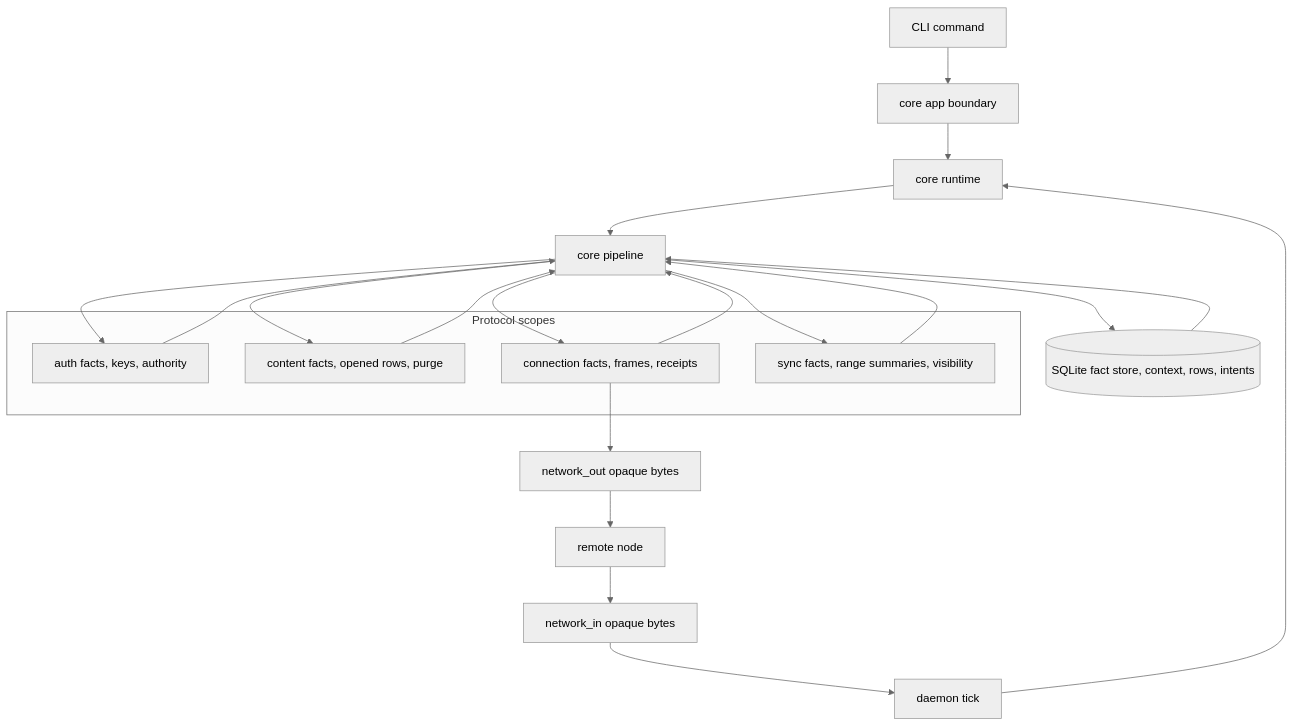
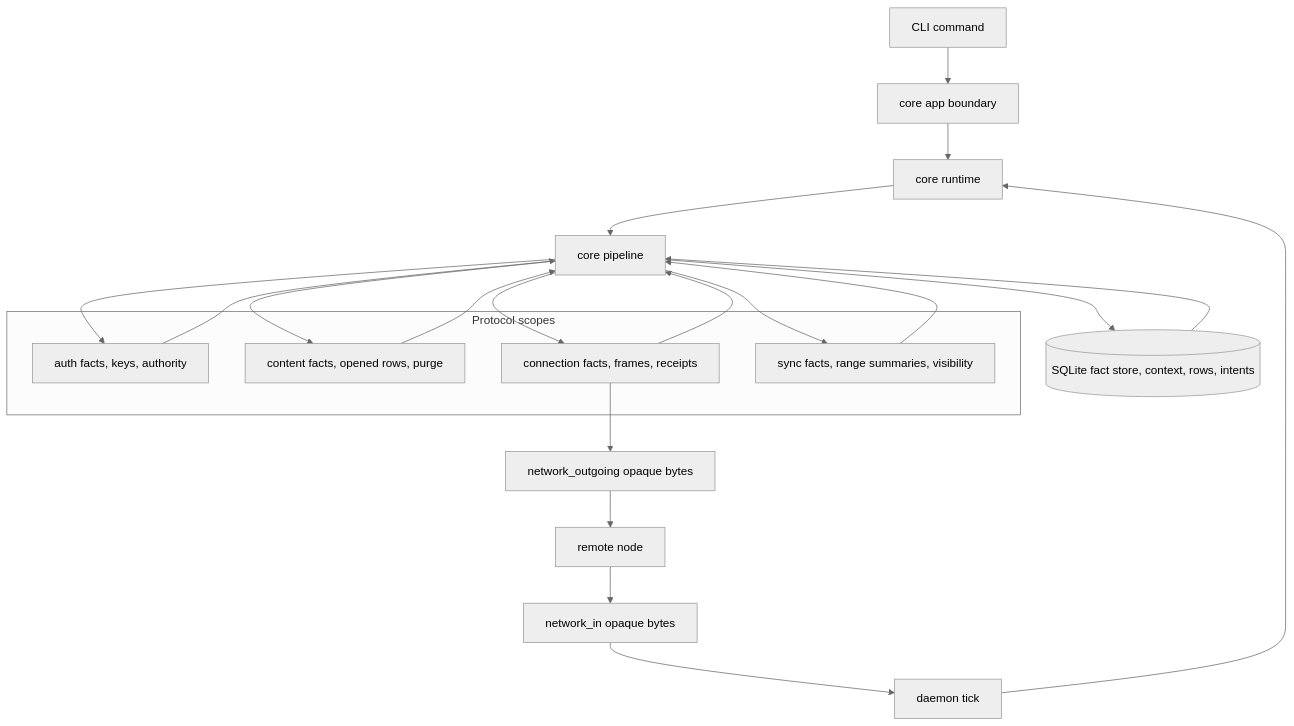
One commit to holmesworcester/poc-10 changed the first of 6 diagrams in ARCHITECTURE_DIAGRAMS.md. Above: the diagram before and after it, drawn with Mermaid (neutral theme). The commit also changed other lines of this file and 26 other files, not shown here.

Commit message:
Simplify outgoing network queue

````diff
--- a/ARCHITECTURE_DIAGRAMS.md
+++ b/ARCHITECTURE_DIAGRAMS.md
@@ -14,32 +14,32 @@
 ```mermaid
 %%{init: {"flowchart": {"wrappingWidth": 320}} }%%
 flowchart TD
     USER["CLI command"] --> APP["core app boundary"]
     DAEMON["daemon tick"] --> RUNTIME["core runtime"]
     APP --> RUNTIME
 
     NET_IN["network_in opaque bytes"] --> DAEMON
     RUNTIME --> PIPE["core pipeline"]
     PIPE --> STORE[("SQLite fact store, context, rows, intents")]
     STORE --> PIPE
 
     subgraph SCOPES["Protocol scopes"]
       AUTH["auth facts, keys, authority"]
       CONTENT["content facts, opened rows, purge"]
       CONNECTION["connection facts, frames, receipts"]
       SYNC["sync facts, range summaries, visibility"]
     end
 
     PIPE --> AUTH
     PIPE --> CONTENT
     PIPE --> CONNECTION
     PIPE --> SYNC
     AUTH --> PIPE
     CONTENT --> PIPE
     CONNECTION --> PIPE
     SYNC --> PIPE
 
-    CONNECTION --> NET_OUT["network_out opaque bytes"]
+    CONNECTION --> NET_OUT["network_outgoing opaque bytes"]
     NET_OUT --> PEER["remote node"]
     PEER --> NET_IN
 ```
````
